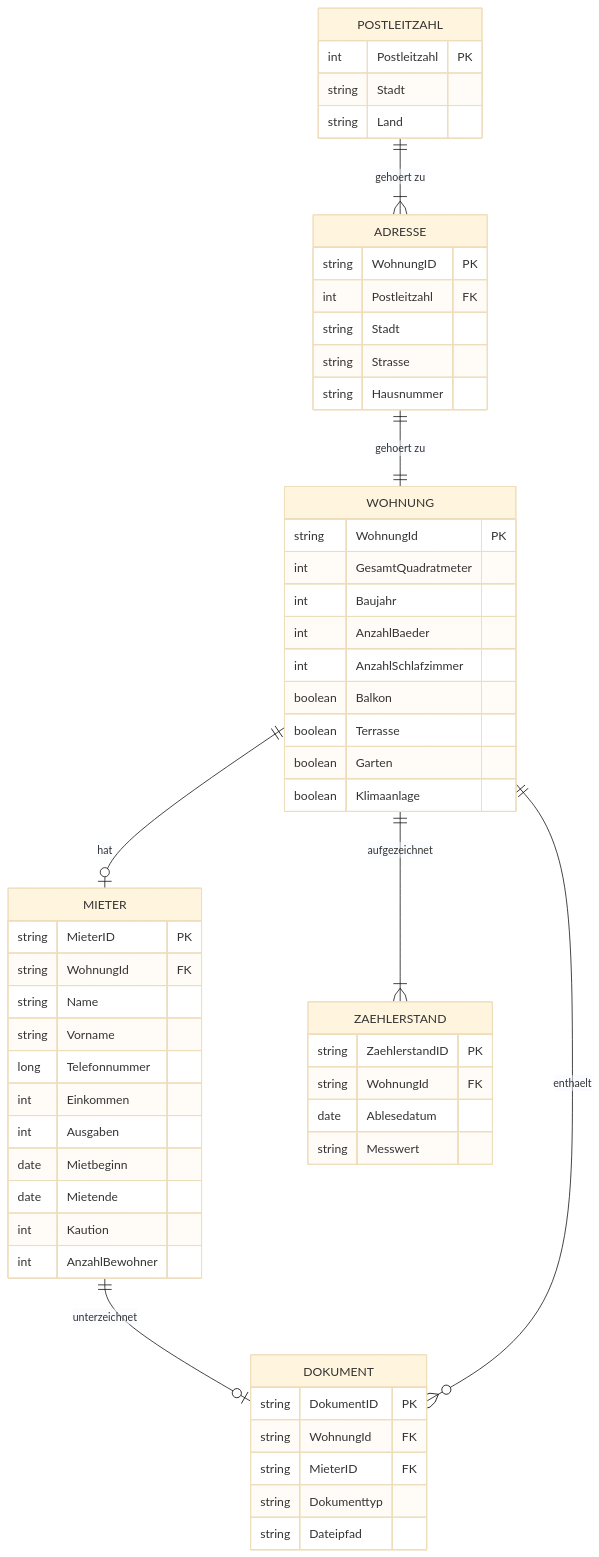
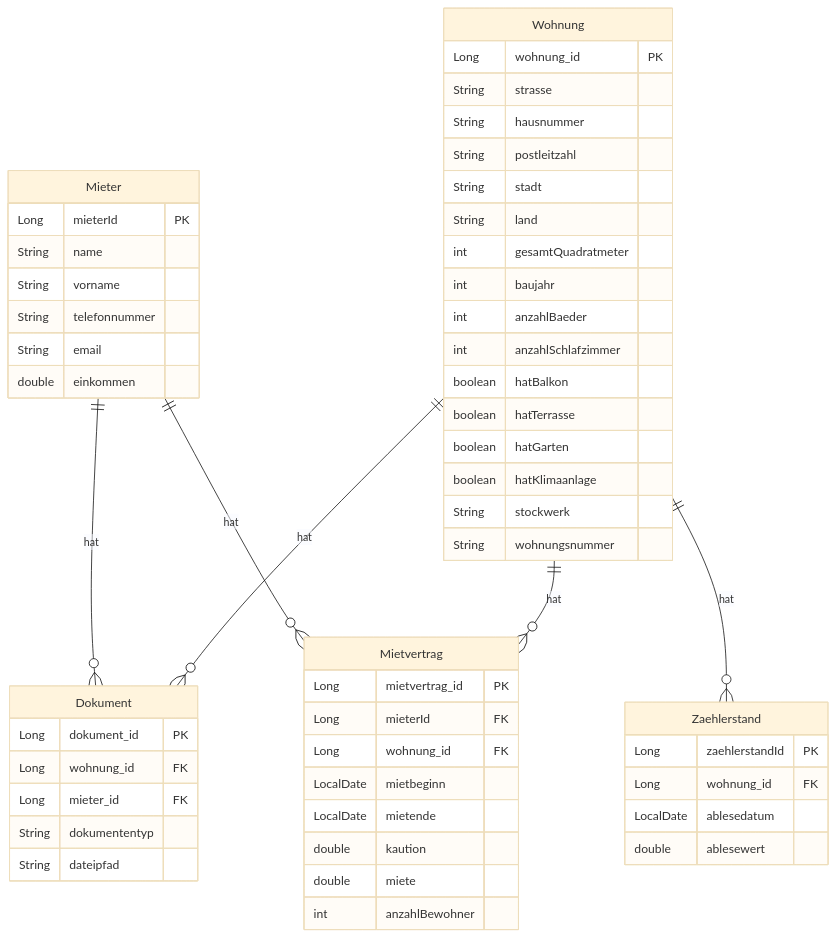
One commit to dav354/immobilienverwaltung changed the diagram in README.md. Above: the diagram before and after it, drawn with Mermaid (base theme). The commit also changed other lines of this file and 27 other files, not shown here.

Commit message:
Add email validation, add Mietvertrag entity and Wohnung functionality & update README. fixes #3, #4

````diff
--- a/README.md
+++ b/README.md
@@ -145,58 +146,59 @@
 ```mermaid
 erDiagram
-    ADRESSE ||--|| WOHNUNG : "gehoert zu"
-    ADRESSE {
-        string WohnungID PK
-        int Postleitzahl FK
-        string Stadt
-        string Strasse
-        string Hausnummer
-    }
-    POSTLEITZAHL ||--|{ ADRESSE : "gehoert zu"
-    POSTLEITZAHL {
-        int Postleitzahl PK
-        string Stadt
-        string Land
-    }
-    WOHNUNG ||--o| MIETER : "hat"
-    WOHNUNG {
-        string WohnungId PK
-        int GesamtQuadratmeter
-        int Baujahr
-        int AnzahlBaeder
-        int AnzahlSchlafzimmer
-        boolean Balkon
-        boolean Terrasse
-        boolean Garten
-        boolean Klimaanlage
-    }
-    MIETER ||--o| DOKUMENT : "unterzeichnet"
-    MIETER {
-        string MieterID PK
-        string WohnungId FK
-        string Name
-        string Vorname
-        long Telefonnummer
-        int Einkommen
-        int Ausgaben
-        date Mietbeginn
-        date Mietende
-        int Kaution
-        int AnzahlBewohner
-    }
-    WOHNUNG ||--o{ DOKUMENT : "enthaelt"
-    DOKUMENT {
-        string DokumentID PK
-        string WohnungId FK
-        string MieterID FK
-        string Dokumenttyp
-        string Dateipfad
-    }
-    WOHNUNG ||--|{ ZAEHLERSTAND : "aufgezeichnet"
-    ZAEHLERSTAND {
-        string ZaehlerstandID PK
-        string WohnungId FK
-        date Ablesedatum
-        string Messwert
-    }
+  Mieter {
+    Long mieterId PK
+    String name
+    String vorname
+    String telefonnummer
+    String email
+    double einkommen
+  }
+  Mietvertrag {
+    Long mietvertrag_id PK
+    Long mieterId FK
+    Long wohnung_id FK
+    LocalDate mietbeginn
+    LocalDate mietende
+    double kaution
+    double miete
+    int anzahlBewohner
+  }
+  Wohnung {
+    Long wohnung_id PK
+    String strasse
+    String hausnummer
+    String postleitzahl
+    String stadt
+    String land
+    int gesamtQuadratmeter
+    int baujahr
+    int anzahlBaeder
+    int anzahlSchlafzimmer
+    boolean hatBalkon
+    boolean hatTerrasse
+    boolean hatGarten
+    boolean hatKlimaanlage
+    String stockwerk
+    String wohnungsnummer
+  }
+  Dokument {
+    Long dokument_id PK
+    Long wohnung_id FK
+    Long mieter_id FK
+    String dokumententyp
+    String dateipfad
+  }
+  Zaehlerstand {
+    Long zaehlerstandId PK
+    Long wohnung_id FK
+    LocalDate ablesedatum
+    double ablesewert
+  }
+
+  Mieter ||--o{ Dokument : "hat"
+  Mieter ||--o{ Mietvertrag : "hat"
+  Wohnung ||--o{ Mietvertrag : "hat"
+  Wohnung ||--o{ Dokument : "hat"
+  Wohnung ||--o{ Zaehlerstand : "hat"
+
 ```
````
